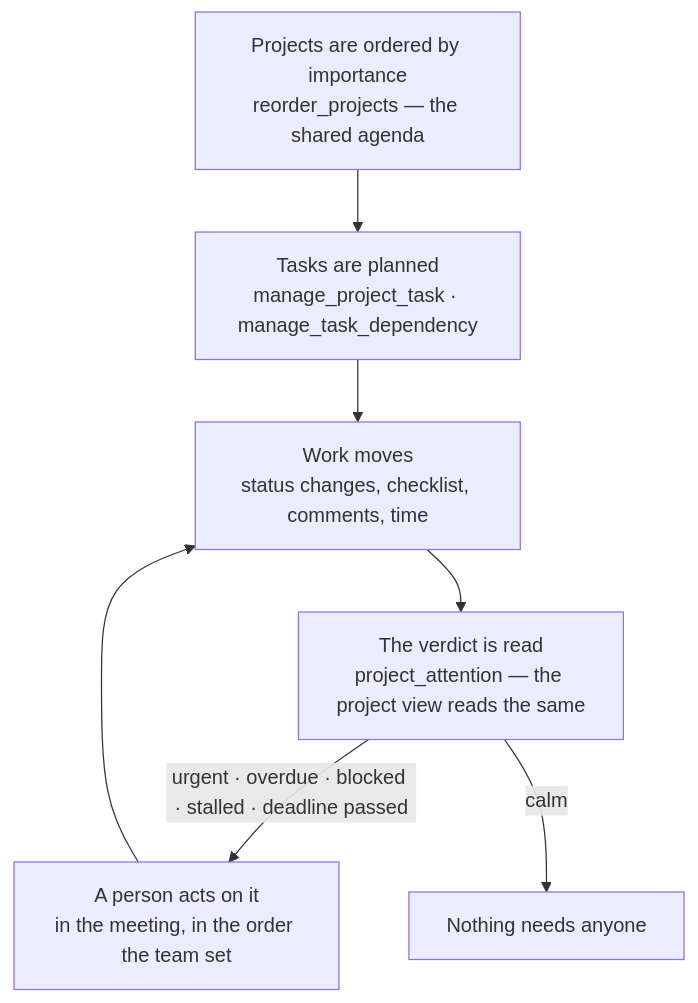
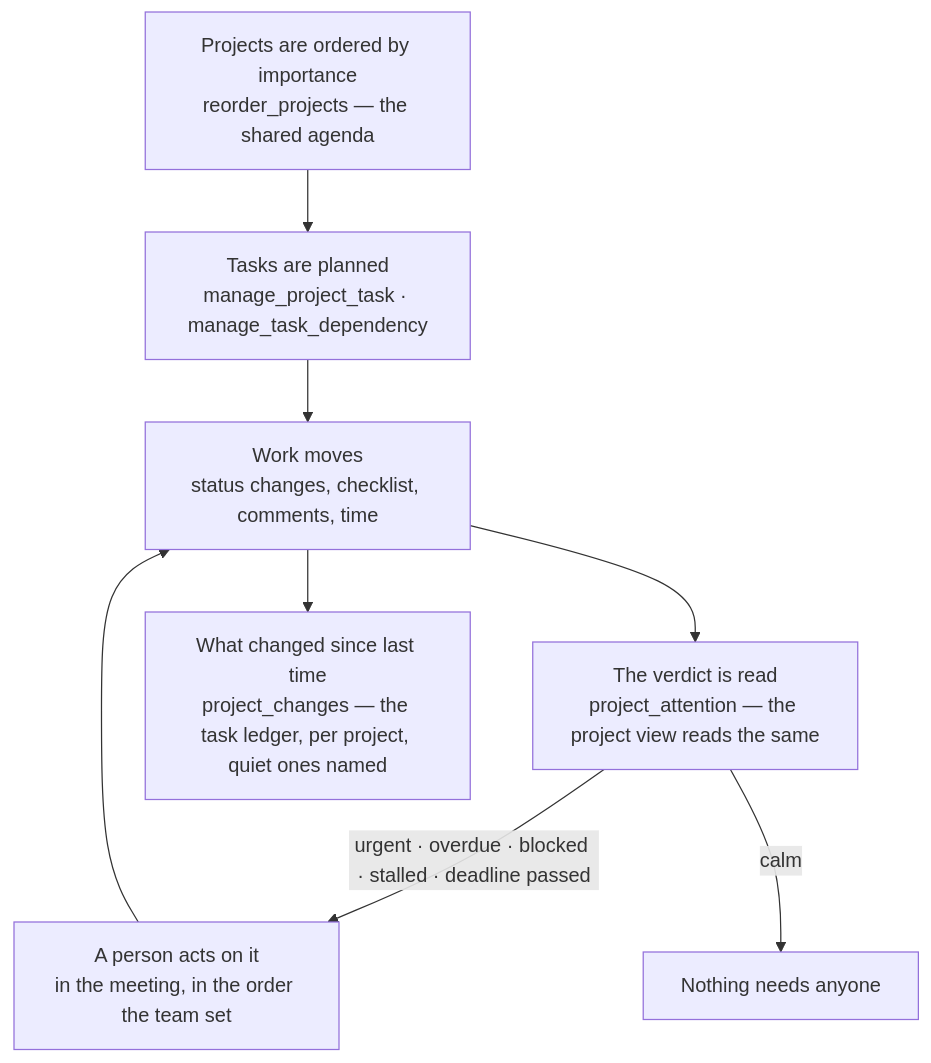
The diagram in docs/processes/plan-to-deliver.md (flowwink/flowwink), drawn with Mermaid before and after one commit. The commit also changed other lines of this file and 17 other files, not shown here.

````diff
--- a/docs/processes/plan-to-deliver.md
+++ b/docs/processes/plan-to-deliver.md
@@ -30,9 +30,10 @@
 ```mermaid
 flowchart TD
     A["Projects are ordered by importance<br/>reorder_projects — the shared agenda"] --> B["Tasks are planned<br/>manage_project_task · manage_task_dependency"]
     B --> C["Work moves<br/>status changes, checklist, comments, time"]
     C --> D["The verdict is read<br/>project_attention — the project view reads the same"]
     D -->|"urgent · overdue · blocked · stalled · deadline passed"| E["A person acts on it<br/>in the meeting, in the order the team set"]
     D -->|calm| F["Nothing needs anyone"]
     E --> C
+    C --> G["What changed since last time<br/>project_changes — the task ledger, per project, quiet ones named"]
 ```
````
